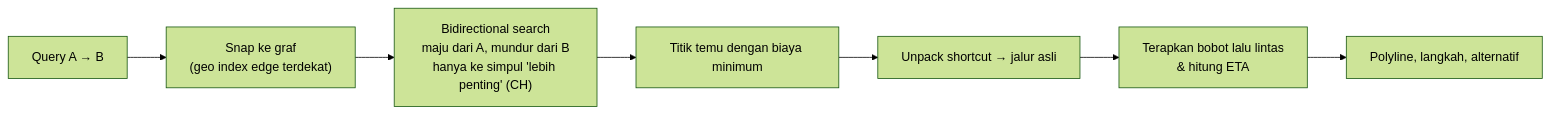
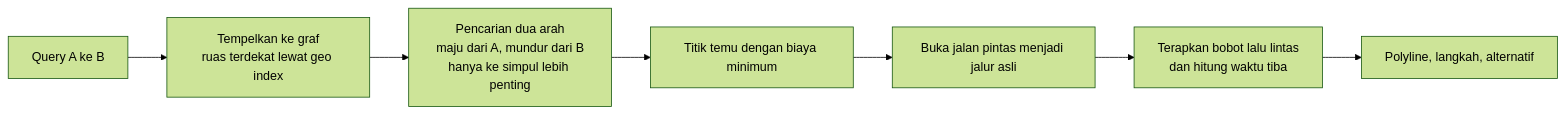
One commit to andreanpradanaa/sysdesign-lab changed the second of 2 diagrams in src/content/lessons/bagian-3/google-maps.mdx. Above: the diagram before and after it, drawn with Mermaid (forest theme). The commit also changed other lines of this file and 17 other files, not shown here.

````diff
--- a/src/content/lessons/bagian-3/google-maps.mdx
+++ b/src/content/lessons/bagian-3/google-maps.mdx
@@ -180,9 +197,9 @@
 ```mermaid
 flowchart LR
-  Q[Query A → B] --> SN["Snap ke graf\n(geo index edge terdekat)"]
-  SN --> BD["Bidirectional search\nmaju dari A, mundur dari B\nhanya ke simpul 'lebih penting' (CH)"]
+  Q[Query A ke B] --> SN["Tempelkan ke graf\nruas terdekat lewat geo index"]
+  SN --> BD["Pencarian dua arah\nmaju dari A, mundur dari B\nhanya ke simpul lebih penting"]
   BD --> MT[Titik temu dengan biaya minimum]
-  MT --> UN[Unpack shortcut → jalur asli]
-  UN --> TR[Terapkan bobot lalu lintas\n& hitung ETA]
+  MT --> UN[Buka jalan pintas menjadi jalur asli]
+  UN --> TR["Terapkan bobot lalu lintas\ndan hitung waktu tiba"]
   TR --> OUT[Polyline, langkah, alternatif]
 ```
````
